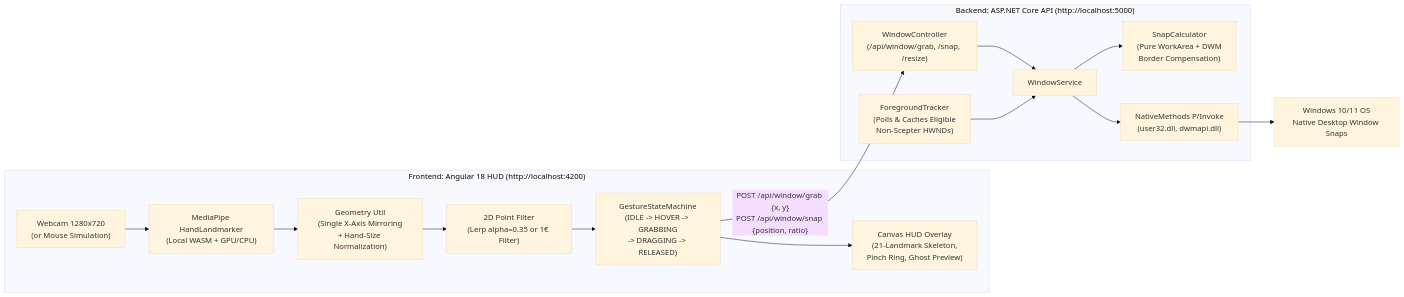
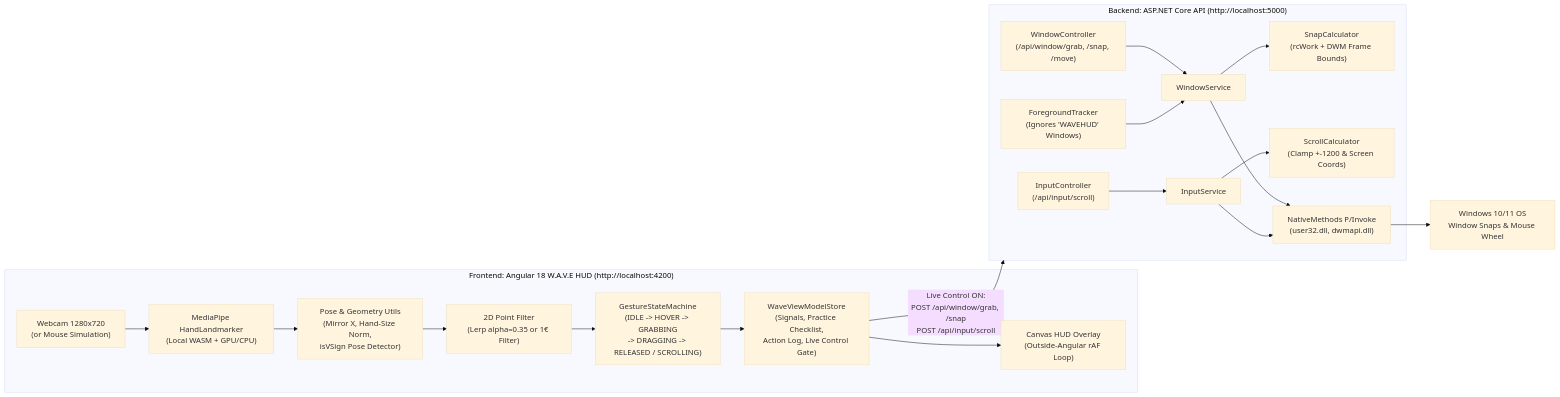
Before and after one commit to Windows-Are-Very-Easily-moved/WAVE: the diagram in README.md, drawn with Mermaid (base theme). The commit also changed other lines of this file, not shown here.

Commit message:
docs: update README for W.A.V.E, V-sign scrolling, and Live control

````diff
--- a/README.md
+++ b/README.md
@@ -52,20 +58,24 @@
 ```mermaid
 flowchart LR
-  subgraph Browser["Frontend: Angular 18 HUD (http://localhost:4200)"]
+  subgraph Browser["Frontend: Angular 18 W.A.V.E HUD (http://localhost:4200)"]
     Cam["Webcam 1280x720\n(or Mouse Simulation)"] --> MP["MediaPipe HandLandmarker\n(Local WASM + GPU/CPU)"]
-    MP --> Mirror["Geometry Util\n(Single X-Axis Mirroring\n+ Hand-Size Normalization)"]
-    Mirror --> Filter["2D Point Filter\n(Lerp alpha=0.35 or 1€ Filter)"]
-    Filter --> FSM["GestureStateMachine\n(IDLE -> HOVER -> GRABBING\n-> DRAGGING -> RELEASED)"]
-    FSM --> Canvas["Canvas HUD Overlay\n(21-Landmark Skeleton,\nPinch Ring, Ghost Preview)"]
+    MP --> Pose["Pose & Geometry Utils\n(Mirror X, Hand-Size Norm,\nisVSign Pose Detector)"]
+    Pose --> Filter["2D Point Filter\n(Lerp alpha=0.35 or 1€ Filter)"]
+    Filter --> FSM["GestureStateMachine\n(IDLE -> HOVER -> GRABBING\n-> DRAGGING -> RELEASED / SCROLLING)"]
+    FSM --> Store["WaveViewModelStore\n(Signals, Practice Checklist,\nAction Log, Live Control Gate)"]
+    Store --> Canvas["Canvas HUD Overlay\n(Outside-Angular rAF Loop)"]
   end
 
   subgraph Backend["Backend: ASP.NET Core API (http://localhost:5000)"]
-    Ctrl["WindowController\n(/api/window/grab, /snap, /resize)"] --> WinSvc["WindowService"]
-    Tracker["ForegroundTracker\n(Polls & Caches Eligible\nNon-Scepter HWNDs)"] --> WinSvc
-    WinSvc --> Calc["SnapCalculator\n(Pure WorkArea + DWM\nBorder Compensation)"]
+    WinCtrl["WindowController\n(/api/window/grab, /snap, /move)"] --> WinSvc["WindowService"]
+    InCtrl["InputController\n(/api/input/scroll)"] --> InSvc["InputService"]
+    Tracker["ForegroundTracker\n(Ignores 'WAVEHUD' Windows)"] --> WinSvc
+    WinSvc --> Calc["SnapCalculator\n(rcWork + DWM Frame Bounds)"]
+    InSvc --> SCalc["ScrollCalculator\n(Clamp +-1200 & Screen Coords)"]
     WinSvc --> PInvoke["NativeMethods P/Invoke\n(user32.dll, dwmapi.dll)"]
+    InSvc --> PInvoke
   end
 
-  FSM -- "POST /api/window/grab {x, y}\nPOST /api/window/snap {position, ratio}" --> Ctrl
-  PInvoke --> OS["Windows 10/11 OS\nNative Desktop Window Snaps"]
+  Store -- "Live Control ON:\nPOST /api/window/grab, /snap\nPOST /api/input/scroll" --> Backend
+  PInvoke --> OS["Windows 10/11 OS\nWindow Snaps & Mouse Wheel"]
 ```
````
